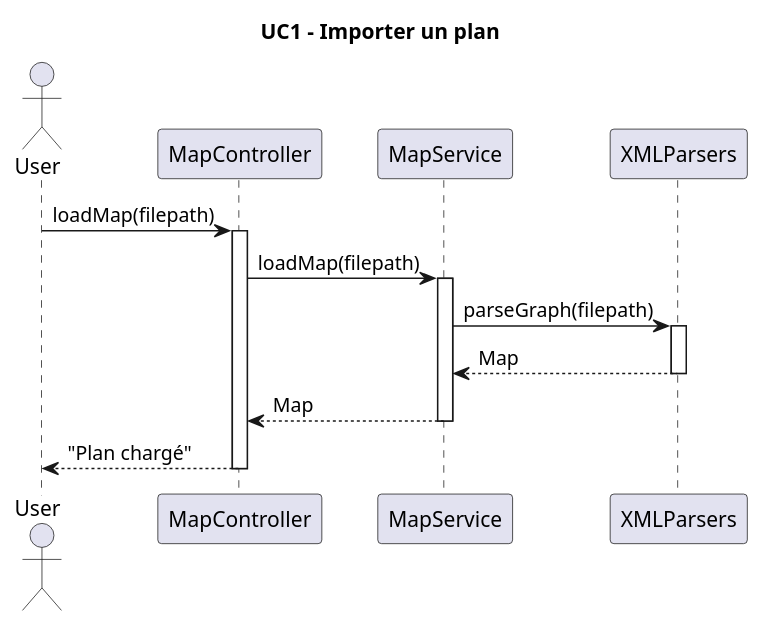
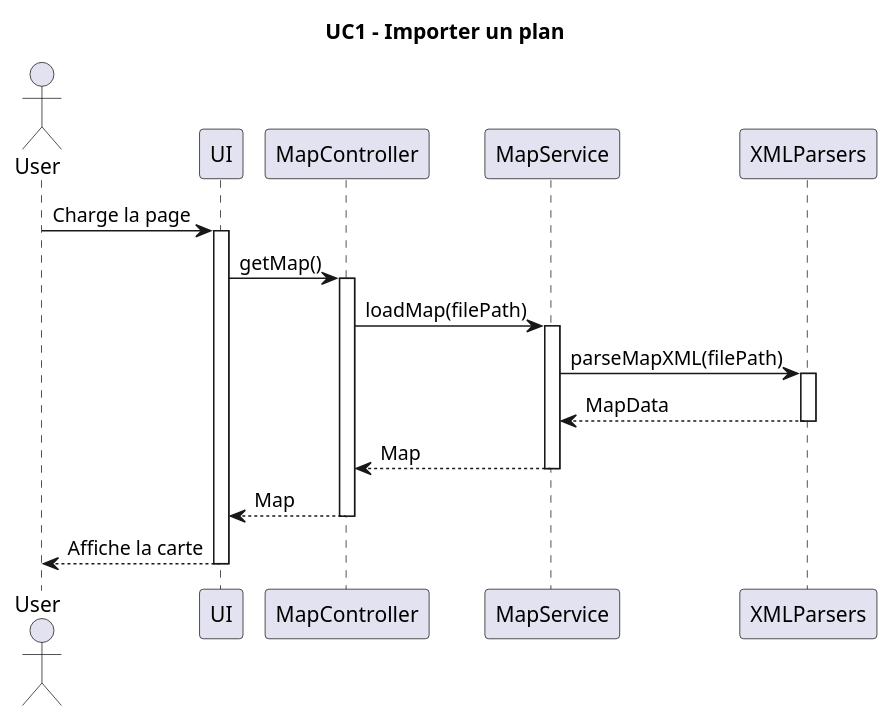
One commit to enzo-dosanjos/Pickup_Delivery_App changed the diagram in diagrams/diagramUC1_Import-Map.plantuml. Above: the diagram before and after it, drawn with PlantUML. The commit also changed 13 other files, not shown here.

Commit message:
Created or updated Sequence Diagrams

```diff
--- a/diagrams/diagramUC1_Import-Map.plantuml
+++ b/diagrams/diagramUC1_Import-Map.plantuml
@@ -1,25 +1,33 @@
 @startuml
 title UC1 - Importer un plan
 
 actor User
+participant "UI" as UI
 participant "MapController" as MC
 participant "MapService" as MS
 participant "XMLParsers" as XP
 
-User -> MC : loadMap(filepath)
+User -> UI : Charge la page
+activate UI
+
+UI -> MC : getMap()
 activate MC
 
-MC -> MS : loadMap(filepath)
+MC -> MS : loadMap(filePath)
 activate MS
 
-MS -> XP : parseGraph(filepath)
+MS -> XP : parseMapXML(filePath)
 activate XP
-XP --> MS : Map
+
+XP --> MS : MapData
 deactivate XP
 
 MS --> MC : Map
 deactivate MS
 
-MC --> User : "Plan chargé"
+MC --> UI : Map
 deactivate MC
+
+UI --> User : Affiche la carte
+deactivate UI
 @enduml
```
